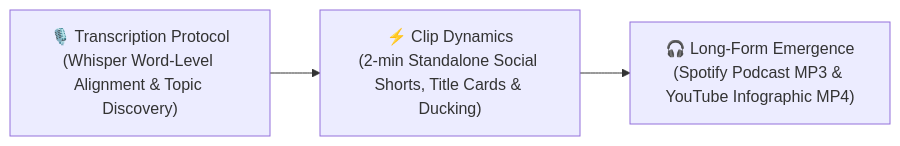
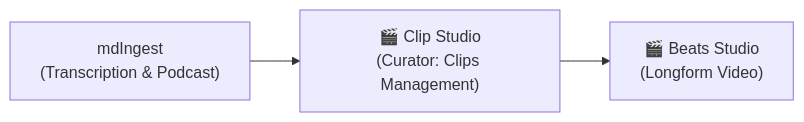
The diagram in README.md (ashutoshmjain/ddma), drawn with Mermaid before and after one commit. The commit also changed other lines of this file, not shown here.

Commit message:
README: DDMA is an extension to mdIngest (Clip Studio + Beats Studio); install via mdIngest README

````diff
--- a/README.md
+++ b/README.md
@@ -37,5 +39,5 @@
 ```mermaid
 graph LR
-    A["🎙️ Transcription Protocol<br/>(Whisper Word-Level Alignment & Topic Discovery)"] --> B["⚡ Clip Dynamics<br/>(2-min Standalone Social Shorts, Title Cards & Ducking)"]
-    B --> C["🎧 Long-Form Emergence<br/>(Spotify Podcast MP3 & YouTube Infographic MP4)"]
+    A["mdIngest<br/>(Transcription & Podcast)"] --> B["🎬 Clip Studio<br/>(Curator: Clips Management)"]
+    B --> C["🎬 Beats Studio<br/>(Longform Video)"]
 ```
````
